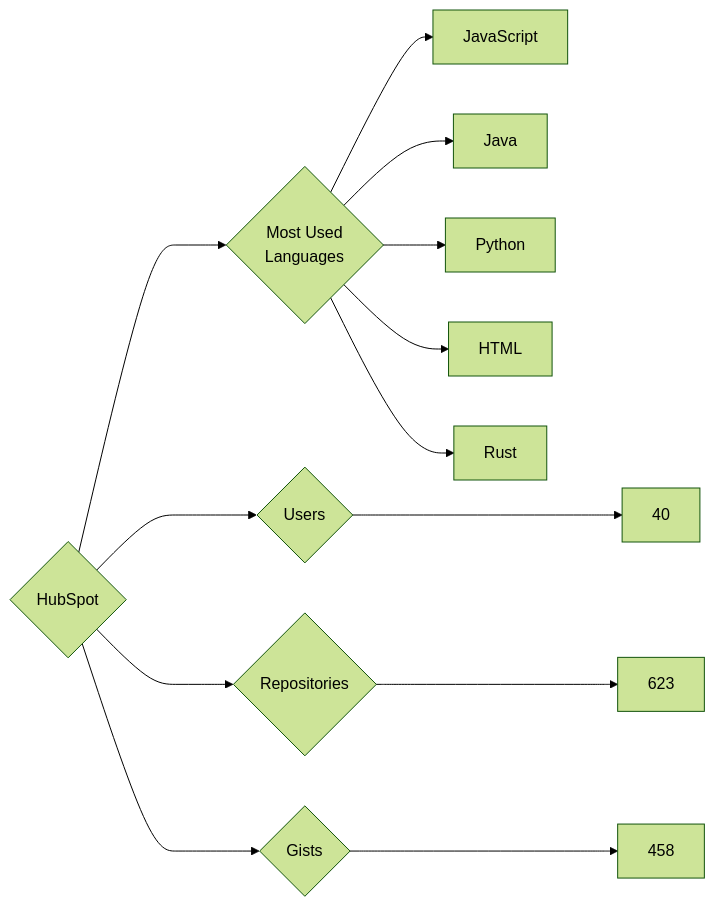
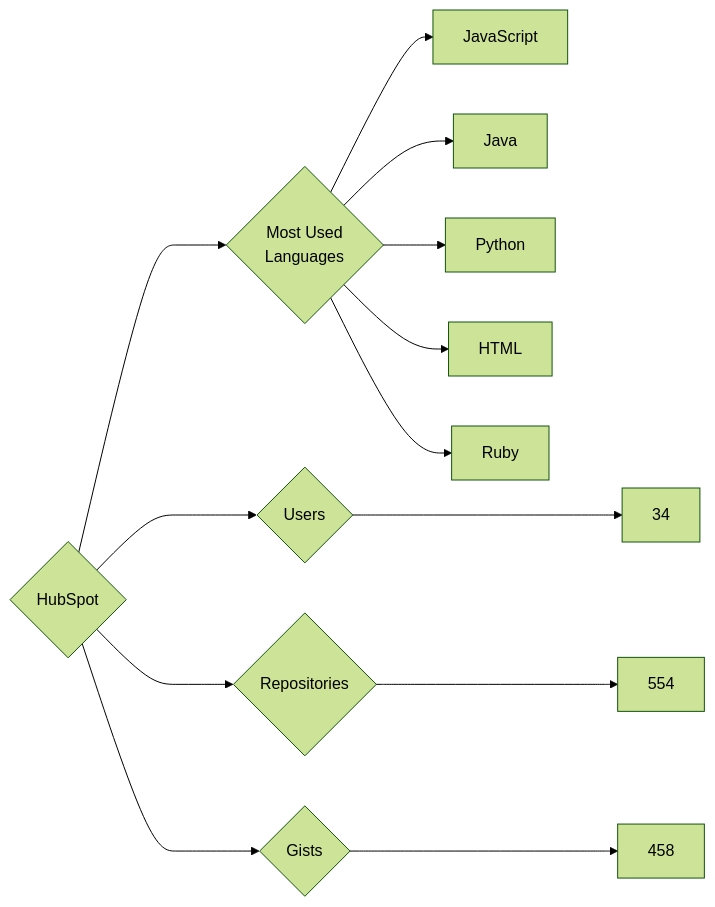
One commit to trickest/insiders changed the diagram in targets/HubSpot/README.md. Above: the diagram before and after it, drawn with Mermaid (forest theme). The commit also changed 1314 other files, not shown here.

````diff
--- a/targets/HubSpot/README.md
+++ b/targets/HubSpot/README.md
@@ -3,13 +3,13 @@
 ```mermaid
 graph LR
 COMPANY_NAME{HubSpot}
-COMPANY_NAME ---> U{Users} ---> UN[40]
-COMPANY_NAME ---> R{Repositories} ---> RN[623]
+COMPANY_NAME ---> U{Users} ---> UN[34]
+COMPANY_NAME ---> R{Repositories} ---> RN[554]
 COMPANY_NAME ---> G{Gists} ---> GN[458]
 COMPANY_NAME ---> ML{Most Used<br>Languages}
 ML --> JavaScript[JavaScript]
 ML --> Java[Java]
 ML --> Python[Python]
 ML --> HTML[HTML]
-ML --> Rust[Rust]
+ML --> Ruby[Ruby]
 ```
````
